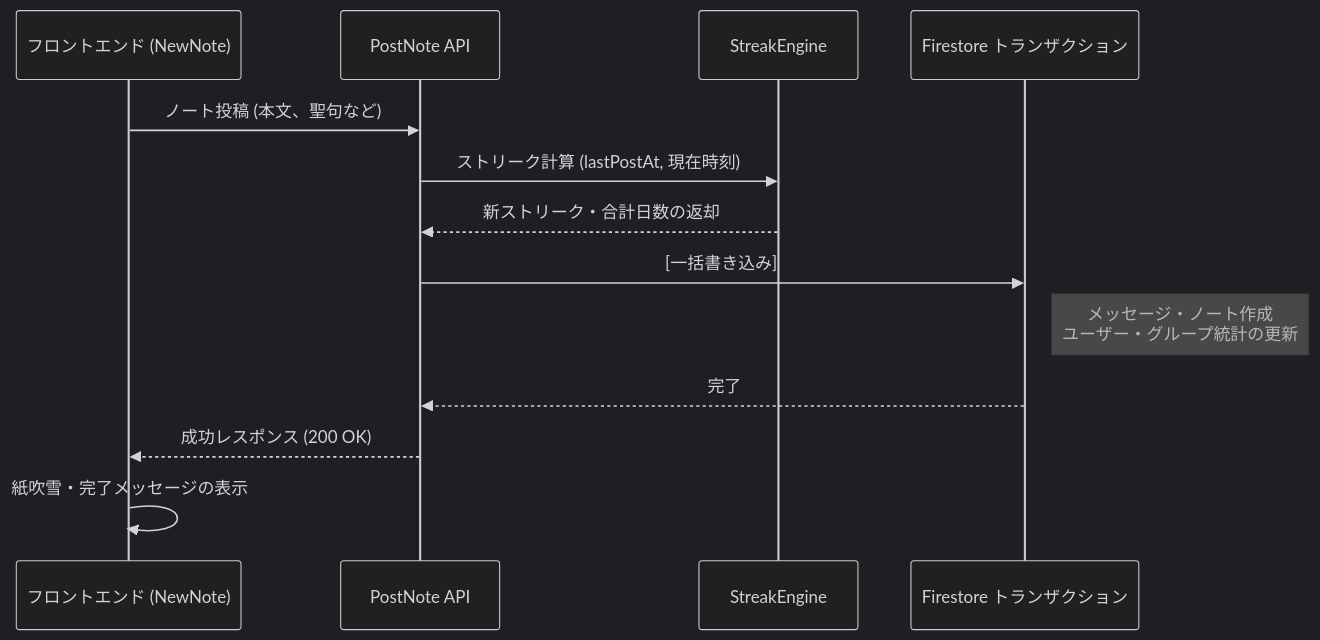
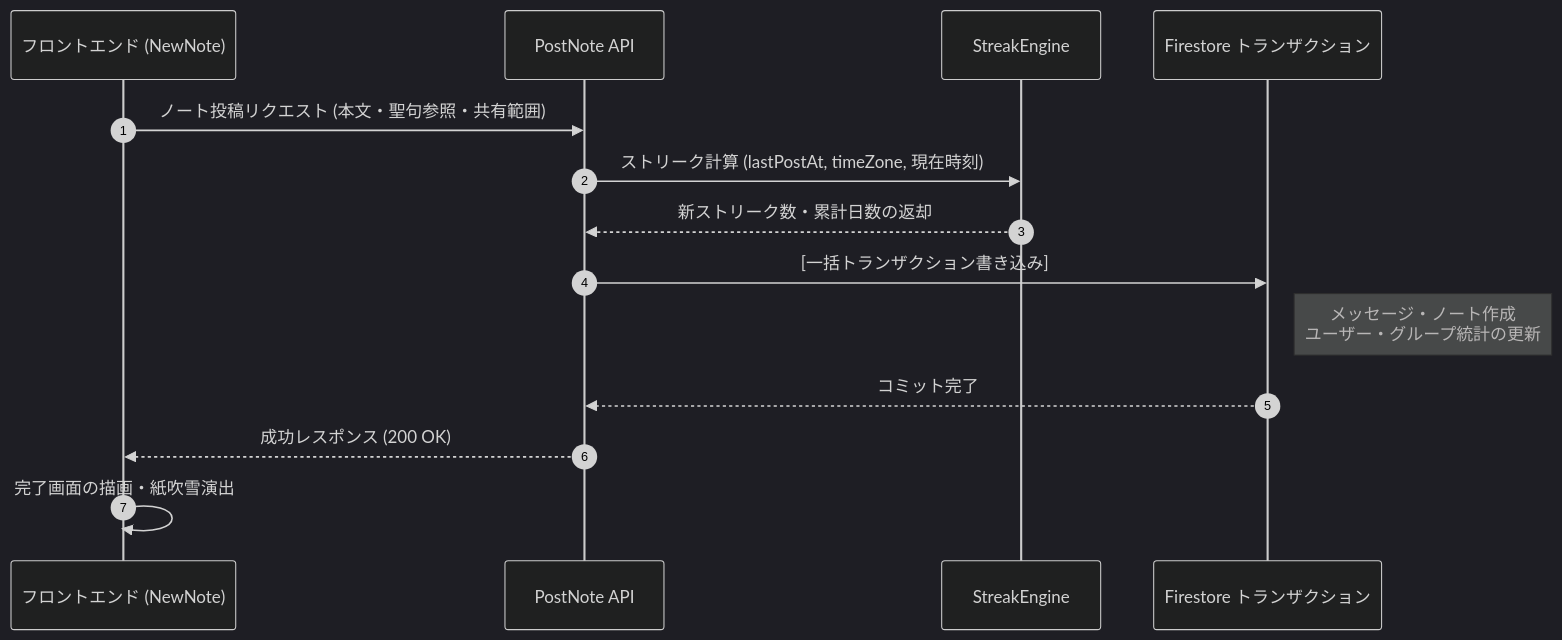
One commit to ScriptureHabit/scripture-habit changed the diagram in docs/ja/logic-note-posting.md. Above: the diagram before and after it, drawn with Mermaid (dark theme). The commit also changed other lines of this file and 57 other files, not shown here.

Commit message:
docs: refine documentation prose and add structured diagram breakdowns across JA and EN

````diff
--- a/docs/ja/logic-note-posting.md
+++ b/docs/ja/logic-note-posting.md
@@ -104,16 +104,17 @@
 ```mermaid
 sequenceDiagram
+    autonumber
     participant FE as フロントエンド (NewNote)
     participant API as PostNote API
     participant SE as StreakEngine
     participant DB as Firestore トランザクション
     
-    FE->>API: ノート投稿 (本文、聖句など)
-    API->>SE: ストリーク計算 (lastPostAt, 現在時刻)
-    SE-->>API: 新ストリーク・合計日数の返却
-    API->>DB: [一括書き込み]
+    FE->>API: ノート投稿リクエスト (本文・聖句参照・共有範囲)
+    API->>SE: ストリーク計算 (lastPostAt, timeZone, 現在時刻)
+    SE-->>API: 新ストリーク数・累計日数の返却
+    API->>DB: [一括トランザクション書き込み]
     Note right of DB: メッセージ・ノート作成<br/>ユーザー・グループ統計の更新
-    DB-->>API: 完了
+    DB-->>API: コミット完了
     API-->>FE: 成功レスポンス (200 OK)
-    FE->>FE: 紙吹雪・完了メッセージの表示
+    FE->>FE: 完了画面の描画・紙吹雪演出
 ```
````
